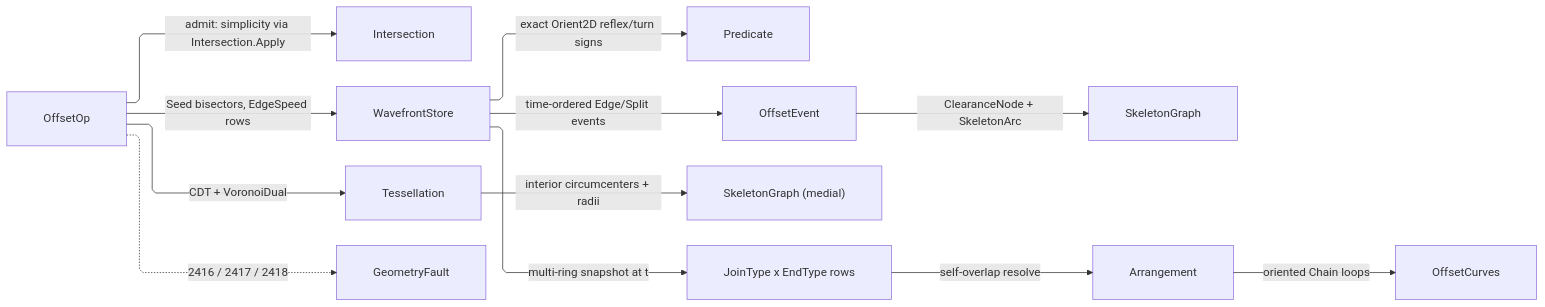
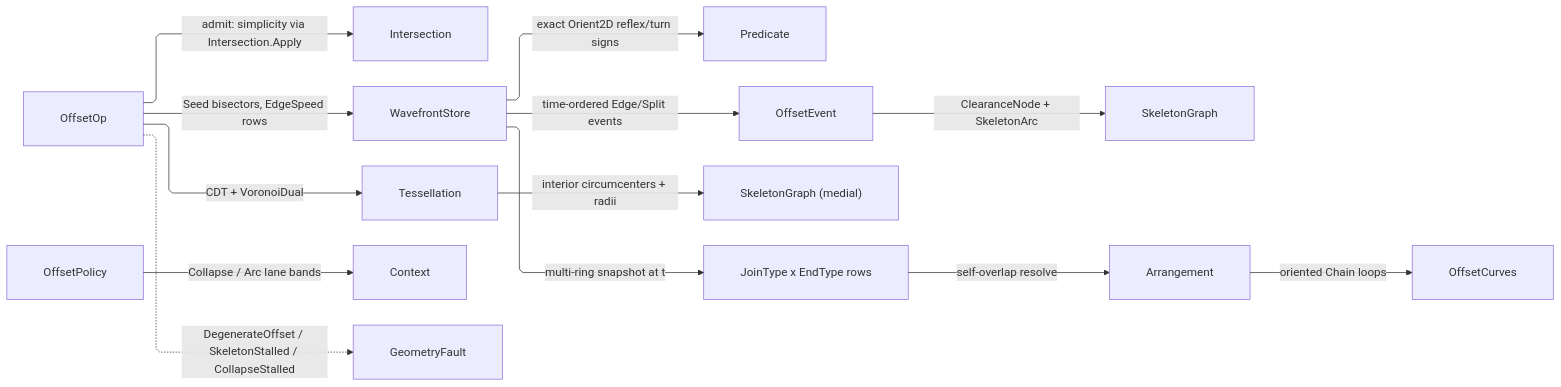
The diagram in libs/csharp/Rasm/.planning/Meshing/offset.md (bsamiee/Rasm), drawn with Mermaid before and after one commit. The commit also changed other lines of this file and 818 other files, not shown here.

````diff
--- a/libs/csharp/Rasm/.planning/Meshing/offset.md
+++ b/libs/csharp/Rasm/.planning/Meshing/offset.md
@@ -708,23 +781,24 @@
 ```mermaid
 ---
 config:
   layout: elk
   flowchart:
     curve: linear
     padding: 25
 ---
 flowchart LR
     accTitle: Offset wavefront flow
     accDescr: Rings flow through admission, the wavefront event queue, and join and cap generators into offset curves, skeleton, medial, and clearance results.
     OffsetOp -->|admit: simplicity via Intersection.Apply| Intersection
     OffsetOp -->|Seed bisectors, EdgeSpeed rows| WavefrontStore
     WavefrontStore -->|exact Orient2D reflex/turn signs| Predicate
     WavefrontStore -->|time-ordered Edge/Split events| OffsetEvent
     OffsetEvent -->|ClearanceNode + SkeletonArc| SkeletonGraph
     OffsetOp -->|CDT + VoronoiDual| Tessellation
     Tessellation -->|interior circumcenters + radii| Medial["SkeletonGraph (medial)"]
     WavefrontStore -->|multi-ring snapshot at t| Dressing["JoinType x EndType rows"]
     Dressing -->|self-overlap resolve| Arrangement
     Arrangement -->|oriented Chain loops| OffsetCurves
-    OffsetOp -.->|2416 / 2417 / 2418| GeometryFault
+    OffsetPolicy -->|Collapse / Arc lane bands| Context
+    OffsetOp -.->|DegenerateOffset / SkeletonStalled / CollapseStalled| GeometryFault
 ```
````
